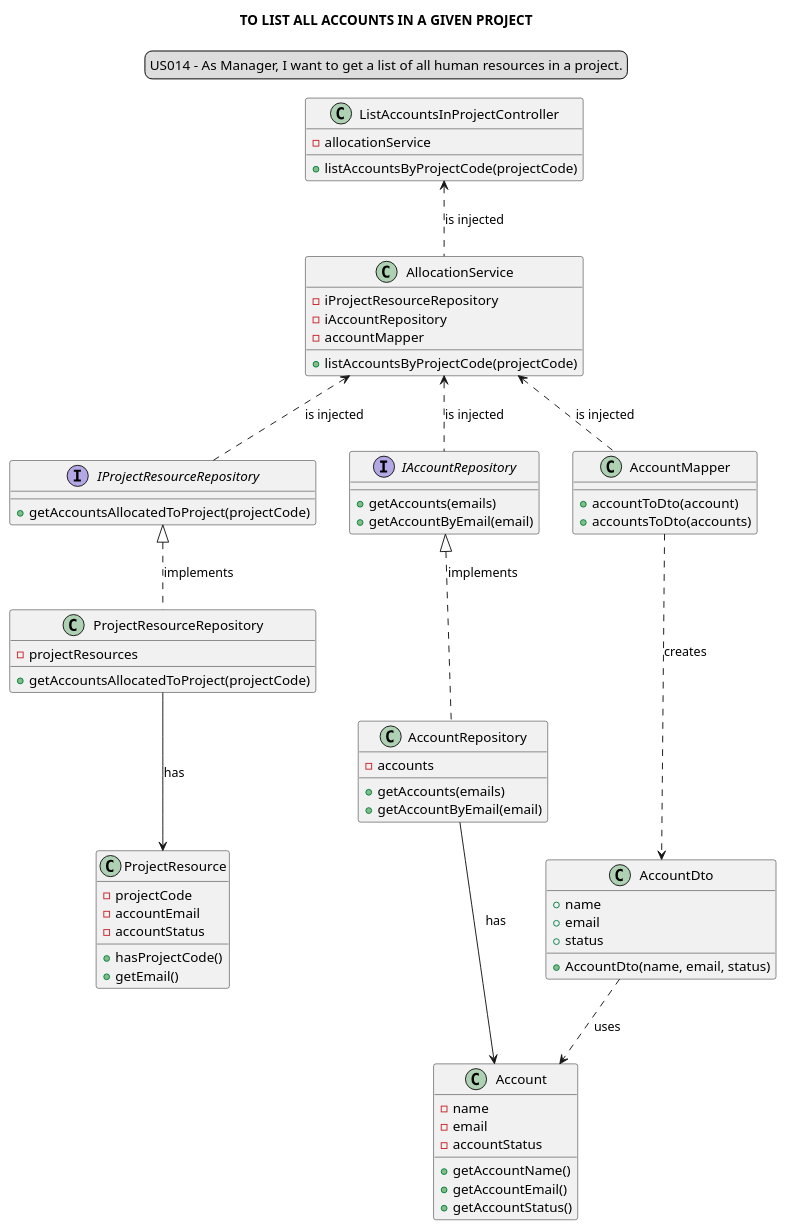
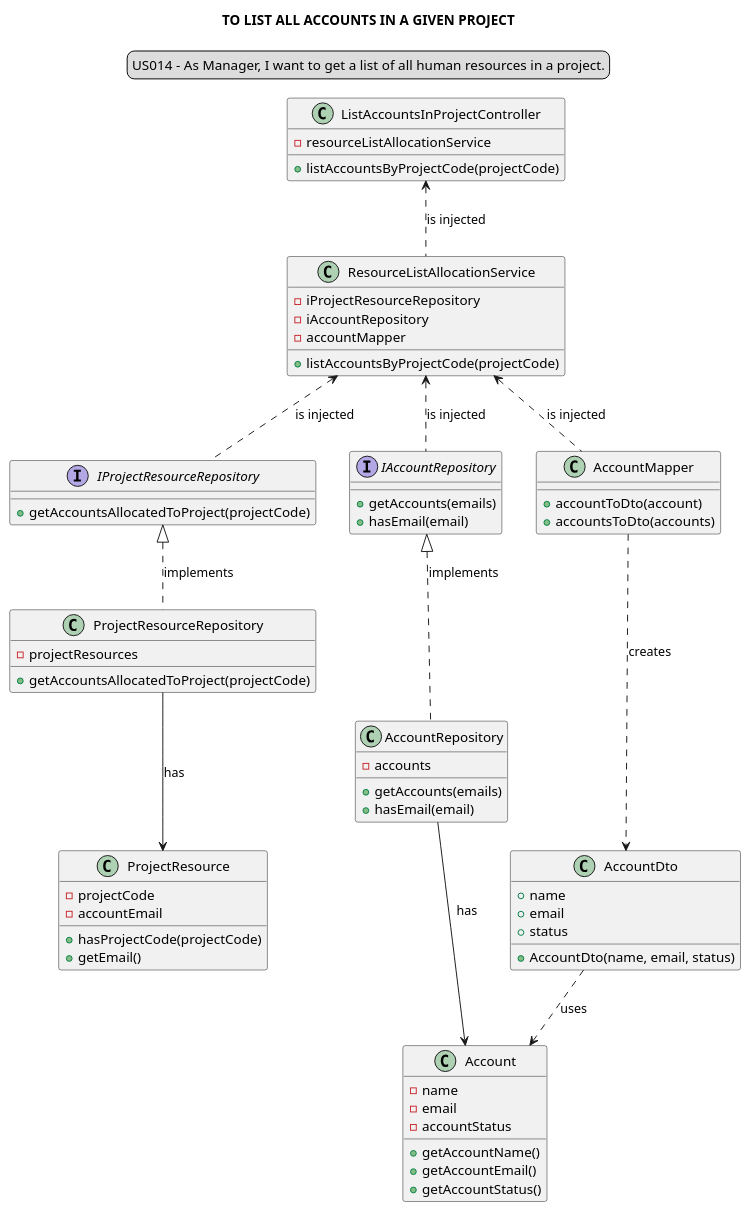
The diagram in docs/modelling_design/user_stories/sprint02/us014/US014_classDiagram_ddd.puml (Loracline/project_switch_22-23), drawn with PlantUML before and after one commit. The commit also changed 1 other file, not shown here.

Commit message:
US014: Design: Updated sequence and class diagrams, addresses #435

```diff
--- a/docs/modelling_design/user_stories/sprint02/us014/US014_classDiagram_ddd.puml
+++ b/docs/modelling_design/user_stories/sprint02/us014/US014_classDiagram_ddd.puml
@@ -1,85 +1,84 @@
 @startuml
 skinparam sequenceMessageAlign center
 title TO LIST ALL ACCOUNTS IN A GIVEN PROJECT
 legend top
 US014 - As Manager, I want to get a list of all human resources in a project.
 end legend
 
 
 class "ListAccountsInProjectController" {
-- allocationService
+- resourceListAllocationService
 + listAccountsByProjectCode(projectCode)
 }
 
-class "AllocationService" {
+class "ResourceListAllocationService" {
 - iProjectResourceRepository
 - iAccountRepository
 - accountMapper
 + listAccountsByProjectCode(projectCode)
 }
 
 interface "IProjectResourceRepository" {
 + getAccountsAllocatedToProject(projectCode)
 }
 
 class "ProjectResourceRepository" {
 - projectResources
 + getAccountsAllocatedToProject(projectCode)
 }
 
 interface "IAccountRepository" {
 + getAccounts(emails)
-+ getAccountByEmail(email)
++ hasEmail(email)
 }
 
 class "AccountRepository" {
 - accounts
 + getAccounts(emails)
-+ getAccountByEmail(email)
++ hasEmail(email)
 }
 
 class "AccountMapper" {
 + accountToDto(account)
 + accountsToDto(accounts)
 }
 
 class "AccountDto" {
 + name
 + email
 + status
 + AccountDto(name, email, status)
 
 }
 
 class "Account" {
 - name
 - email
 - accountStatus
 + getAccountName()
 + getAccountEmail()
 + getAccountStatus()
 }
 
 class "ProjectResource" {
 - projectCode
 - accountEmail
-- accountStatus
-+ hasProjectCode()
++ hasProjectCode(projectCode)
 + getEmail()
 }
 
-ListAccountsInProjectController <.. AllocationService: is injected
+ListAccountsInProjectController <.. ResourceListAllocationService: is injected
 
-AllocationService <.. IAccountRepository: is injected
+ResourceListAllocationService <.. IAccountRepository: is injected
 IAccountRepository <|.. AccountRepository: implements
 AccountRepository --> Account: has
 
-AllocationService <.. IProjectResourceRepository: is injected
+ResourceListAllocationService <.. IProjectResourceRepository: is injected
 IProjectResourceRepository <|.. ProjectResourceRepository: implements
 ProjectResourceRepository --> ProjectResource: has
 
-AllocationService <.. AccountMapper: is injected
+ResourceListAllocationService <.. AccountMapper: is injected
 AccountMapper ...> AccountDto: creates
 AccountDto ..> Account: uses
 
 @enduml
```
